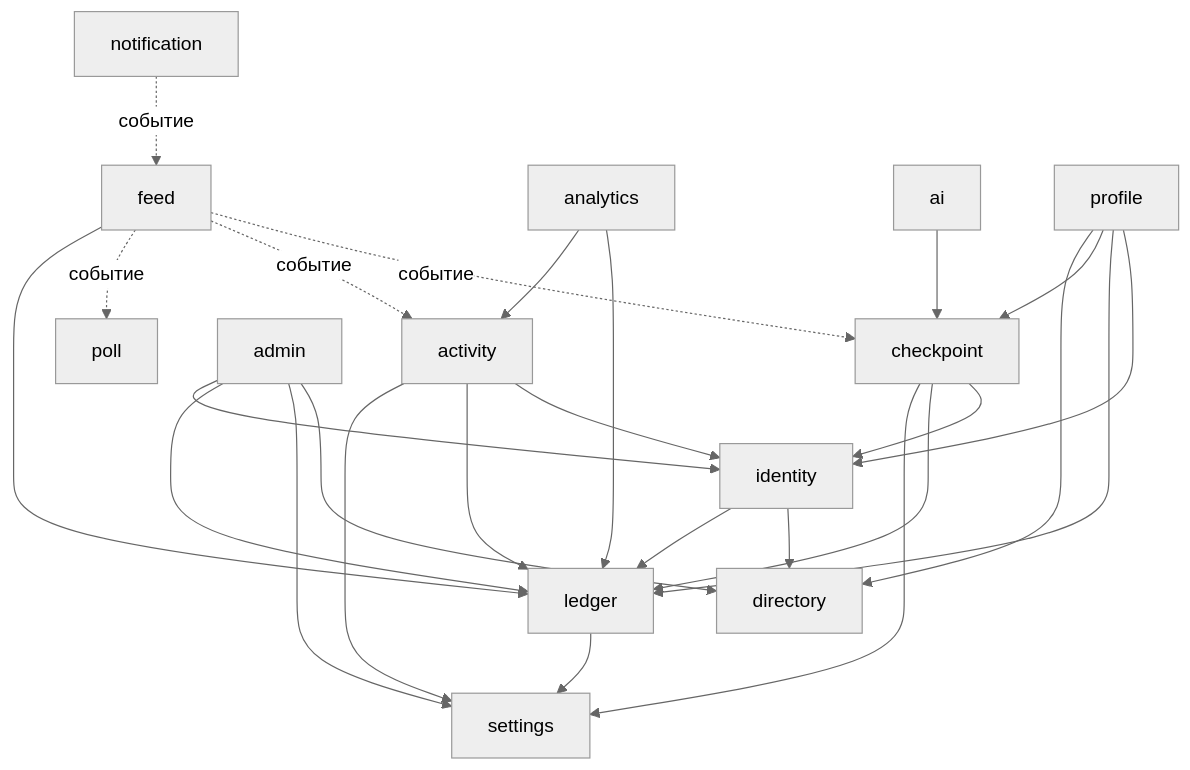
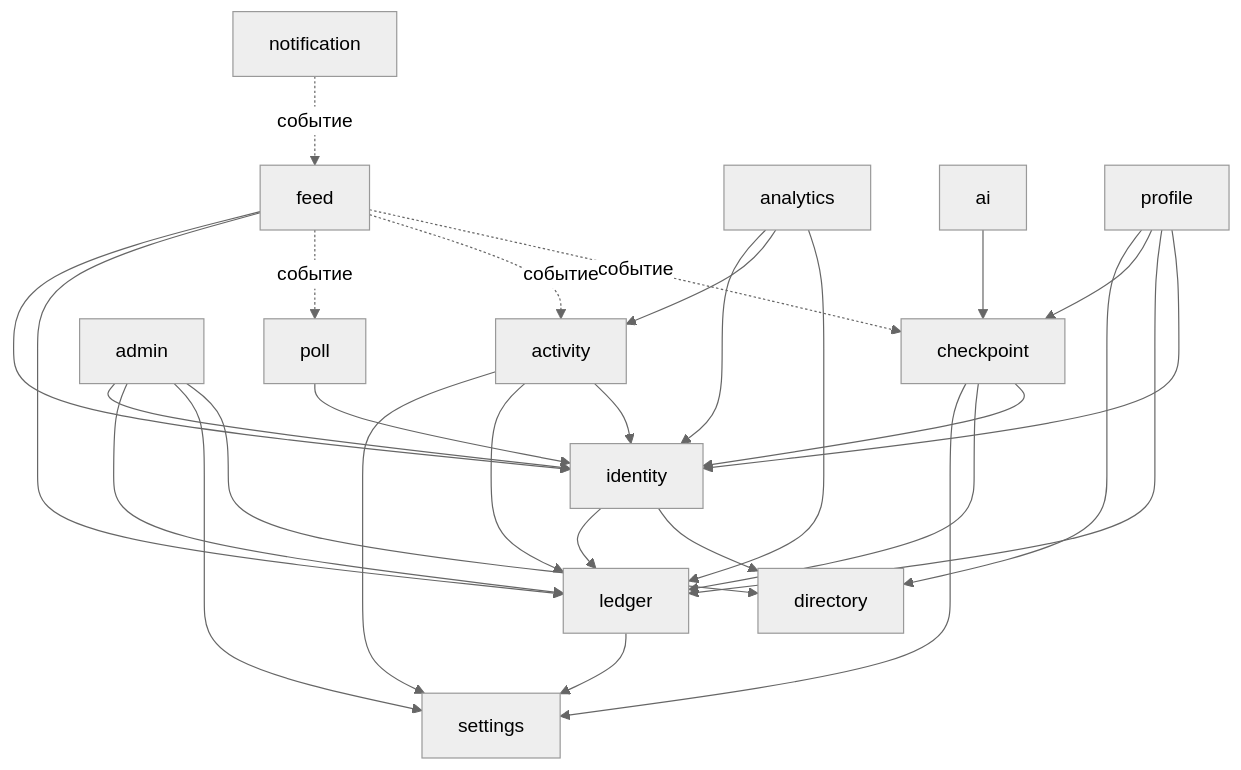
Before and after one commit to Daniiltyhtin/campus-rating: the second of 5 diagrams in docs/spec/plans/2026-10-31-001-feat-campus-rating-mvp-plan.md, drawn with Mermaid (neutral theme). The commit also changed other lines of this file and 17 other files, not shown here.

````diff
--- a/docs/spec/plans/2026-10-31-001-feat-campus-rating-mvp-plan.md
+++ b/docs/spec/plans/2026-10-31-001-feat-campus-rating-mvp-plan.md
@@ -274,28 +285,31 @@
 ```mermaid
 flowchart TB
   identity --> directory
   checkpoint --> identity
   checkpoint --> ledger
   activity --> identity
   activity --> ledger
   admin --> directory
   admin --> settings
   admin --> ledger
   checkpoint --> settings
   activity --> settings
   feed -.событие.-> checkpoint
   feed -.событие.-> activity
   feed -.событие.-> poll
   notification -.событие.-> feed
   analytics --> ledger
   ai --> checkpoint
   profile --> identity
   profile --> ledger
   profile --> checkpoint
   feed --> ledger
   analytics --> activity
   identity --> ledger
   ledger --> settings
   admin --> identity
   profile --> directory
+  poll --> identity
+  feed --> identity
+  analytics --> identity
 ```
````
